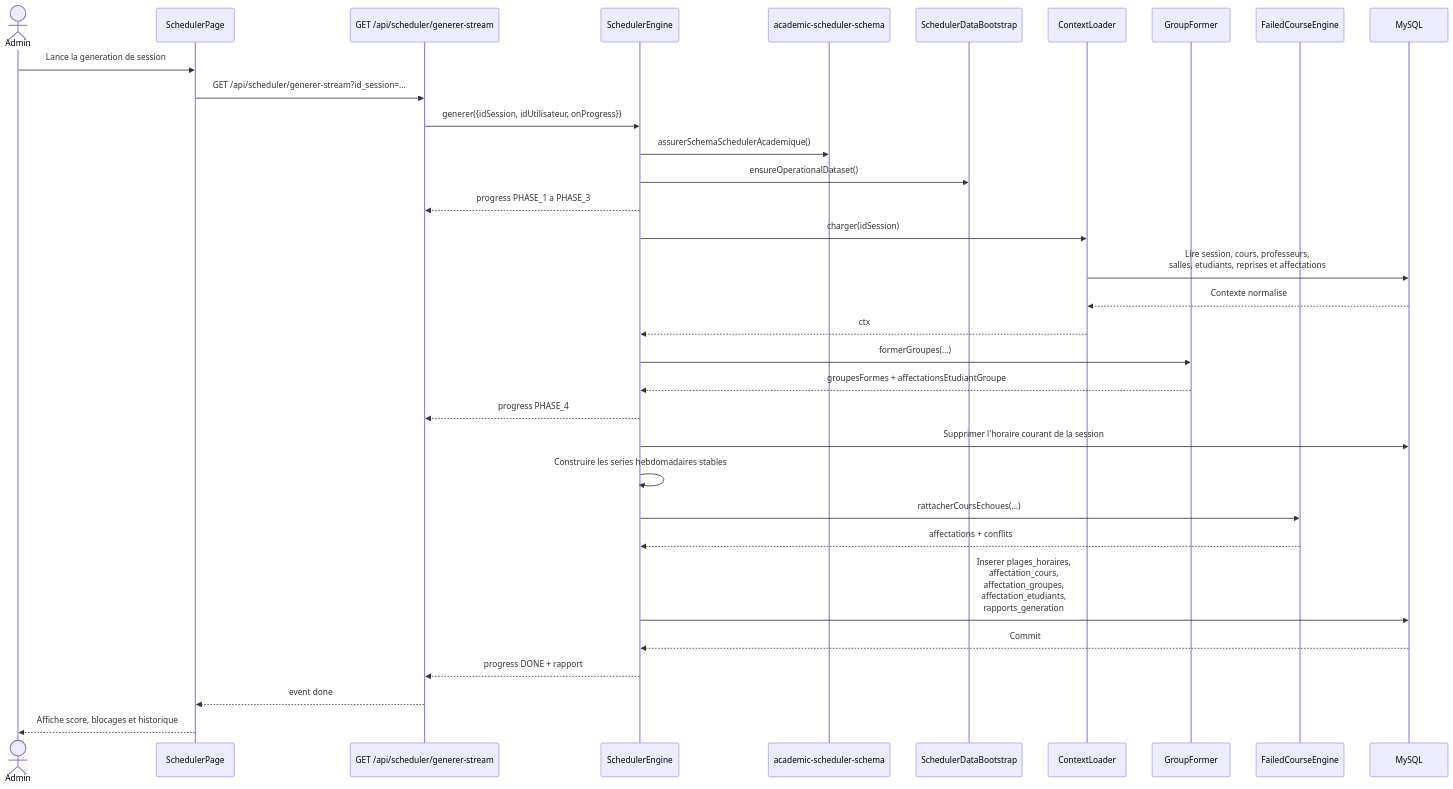
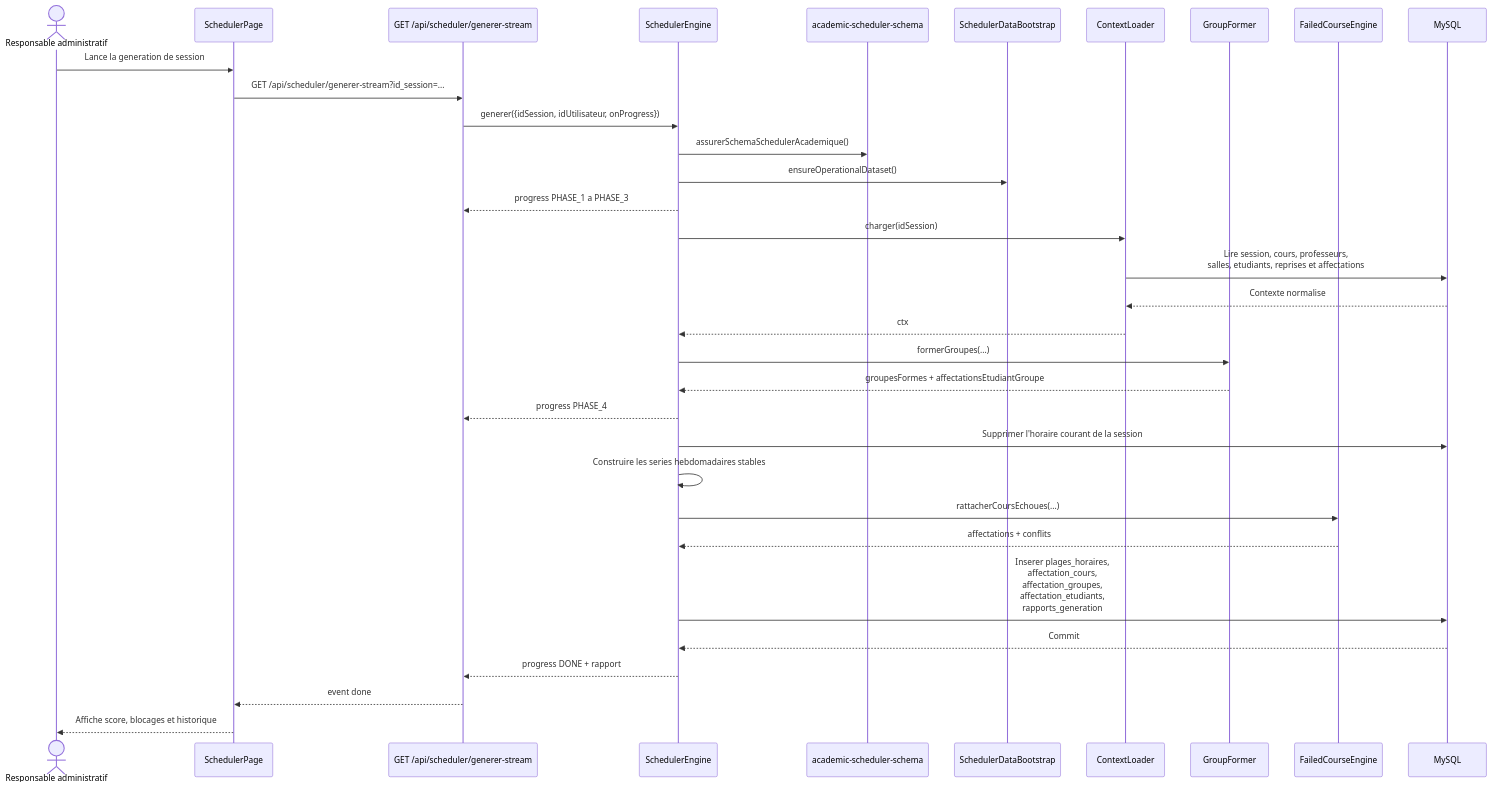
The diagram in documents/diagrammes/scheduler-sequence.mmd (saberkara10/Horaire-5), drawn with Mermaid before and after one commit. The commit also changed 189 other files, not shown here.

```diff
--- a/documents/diagrammes/scheduler-sequence.mmd
+++ b/documents/diagrammes/scheduler-sequence.mmd
@@ -1,34 +1,34 @@
 sequenceDiagram
-    actor Admin
+    actor ResponsableAdministratif as Responsable administratif
     participant Frontend as SchedulerPage
     participant Route as GET /api/scheduler/generer-stream
     participant Engine as SchedulerEngine
     participant Schema as academic-scheduler-schema
     participant Bootstrap as SchedulerDataBootstrap
     participant Context as ContextLoader
     participant GroupFormer as GroupFormer
     participant Retakes as FailedCourseEngine
     participant DB as MySQL
 
-    Admin->>Frontend: Lance la generation de session
+    ResponsableAdministratif->>Frontend: Lance la generation de session
     Frontend->>Route: GET /api/scheduler/generer-stream?id_session=...
     Route->>Engine: generer({idSession, idUtilisateur, onProgress})
     Engine->>Schema: assurerSchemaSchedulerAcademique()
     Engine->>Bootstrap: ensureOperationalDataset()
     Engine-->>Route: progress PHASE_1 a PHASE_3
     Engine->>Context: charger(idSession)
     Context->>DB: Lire session, cours, professeurs,<br/>salles, etudiants, reprises et affectations
     DB-->>Context: Contexte normalise
     Context-->>Engine: ctx
     Engine->>GroupFormer: formerGroupes(...)
     GroupFormer-->>Engine: groupesFormes + affectationsEtudiantGroupe
     Engine-->>Route: progress PHASE_4
     Engine->>DB: Supprimer l'horaire courant de la session
     Engine->>Engine: Construire les series hebdomadaires stables
     Engine->>Retakes: rattacherCoursEchoues(...)
     Retakes-->>Engine: affectations + conflits
     Engine->>DB: Inserer plages_horaires,<br/>affectation_cours,<br/>affectation_groupes,<br/>affectation_etudiants,<br/>rapports_generation
     DB-->>Engine: Commit
     Engine-->>Route: progress DONE + rapport
     Route-->>Frontend: event done
-    Frontend-->>Admin: Affiche score, blocages et historique
+    Frontend-->>ResponsableAdministratif: Affiche score, blocages et historique
```
